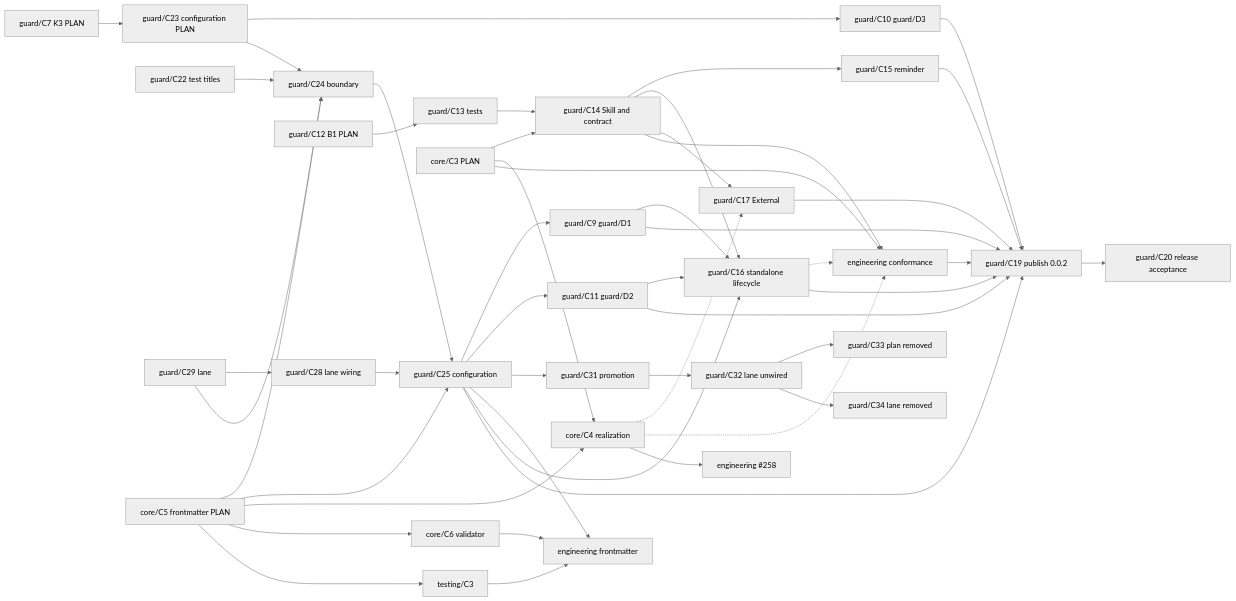
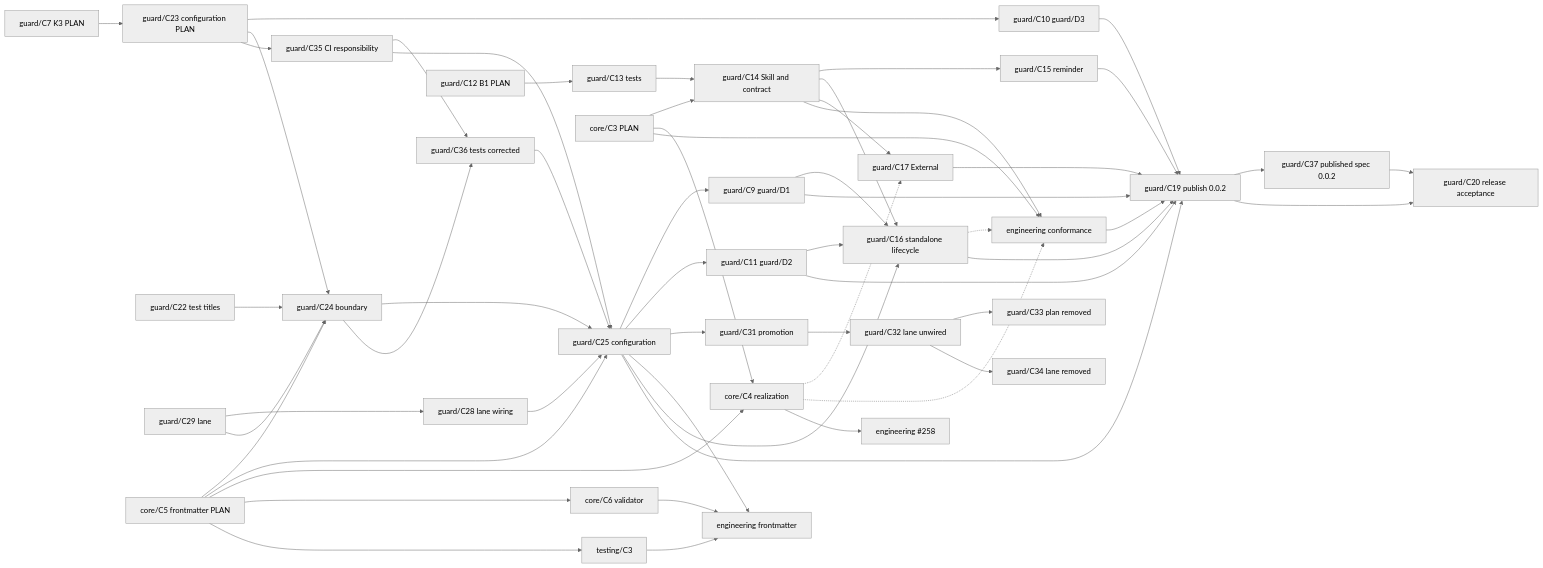
One commit to Kai-Hacks-AI/KAAL changed the diagram in engineering/guard/change.md. Above: the diagram before and after it, drawn with Mermaid (neutral theme). The commit also changed other lines of this file and 3 other files, not shown here.

First line of the commit message:
guard/C35: CI responsibility stays with the consumer (PLAN correction)

````diff
--- a/engineering/guard/change.md
+++ b/engineering/guard/change.md
@@ -209,50 +224,57 @@
 ```mermaid
 graph LR
   C7[guard/C7 K3 PLAN] --> C23[guard/C23 configuration PLAN]
   C25 --> C9[guard/C9 guard/D1]
   C23 --> C10[guard/C10 guard/D3]
   C25 --> C11[guard/C11 guard/D2]
   C22[guard/C22 test titles] --> C24[guard/C24 boundary]
   C23 --> C24
   C29[guard/C29 lane] --> C28[guard/C28 lane wiring]
   C29 --> C24
   C28 --> C25
   C24 --> C25[guard/C25 configuration]
+  C23 --> C35[guard/C35 CI responsibility]
+  C35 --> C36[guard/C36 tests corrected]
+  C24 --> C36
+  C35 --> C25
+  C36 --> C25
   C25 --> C31[guard/C31 promotion]
   C31 --> C32[guard/C32 lane unwired]
   C32 --> C33[guard/C33 plan removed]
   C32 --> C34[guard/C34 lane removed]
   FM5 --> C24
   FM5 --> C25
   C25 --> FE
   C12[guard/C12 B1 PLAN] --> C13[guard/C13 tests]
   C13 --> C14[guard/C14 Skill and contract]
   CP[core/C3 PLAN] --> C14
   C14 --> C15[guard/C15 reminder]
   C14 --> C16[guard/C16 standalone lifecycle]
   C25 --> C16
   C9 --> C16
   C11 --> C16
   C14 --> C17[guard/C17 External]
   CP --> CR[core/C4 realization]
   FM5[core/C5 frontmatter PLAN] --> CR
   FM5 --> FM6[core/C6 validator]
   FM5 --> TT[testing/C3]
   FM6 --> FE[engineering frontmatter]
   TT --> FE
   CR -.-> C17
   C14 --> EC[engineering conformance]
   CP --> EC
   C16 -.-> EC
   CR -.-> EC
   CR --> EA[engineering #258]
   C9 --> C19[guard/C19 publish 0.0.2]
   C10 --> C19
   C11 --> C19
   C15 --> C19
   C16 --> C19
   C25 --> C19
   C17 --> C19
   EC --> C19
-  C19 --> C20[guard/C20 release acceptance]
+  C19 --> C37[guard/C37 published spec 0.0.2]
+  C37 --> C20[guard/C20 release acceptance]
+  C19 --> C20
 ```
````
